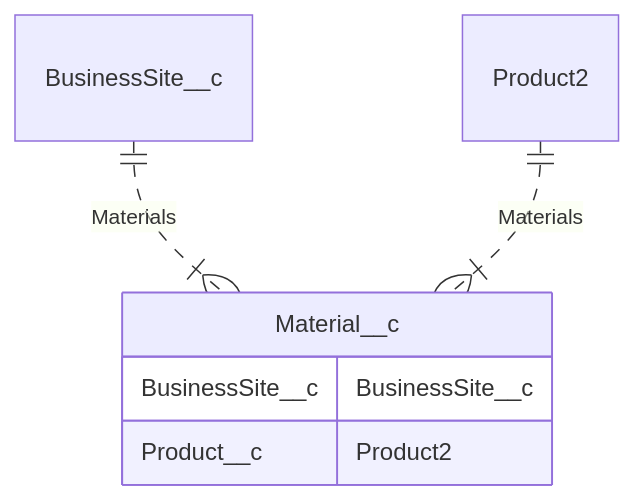
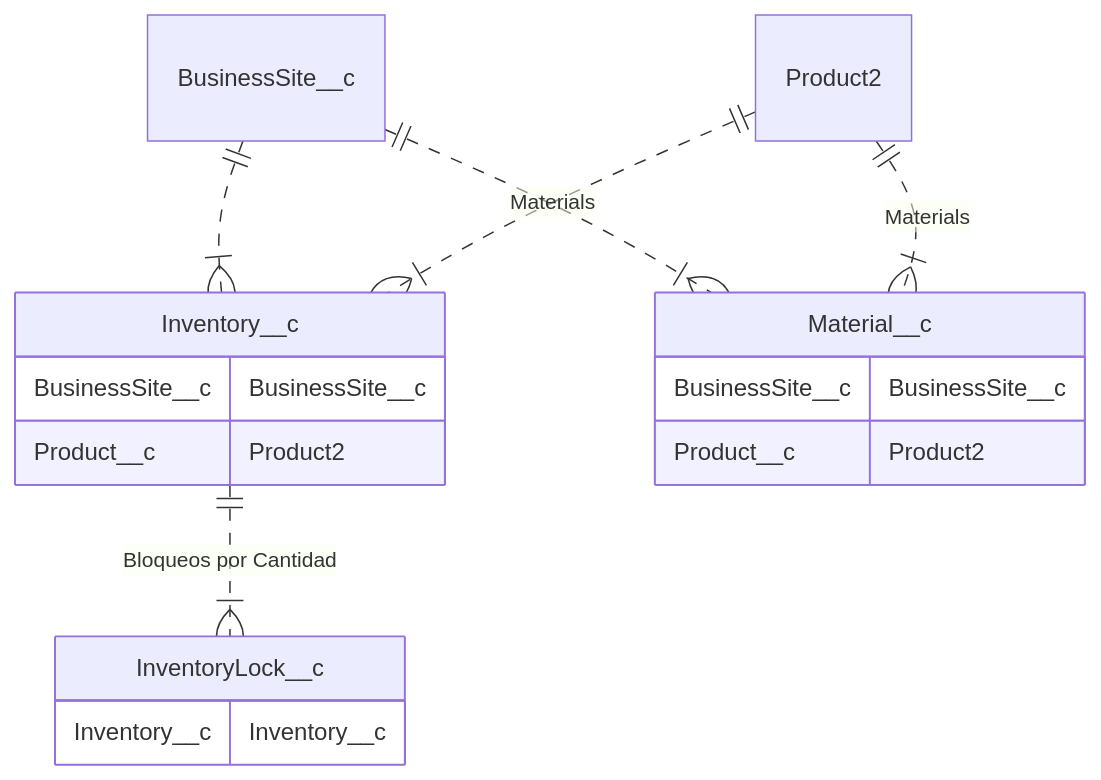
The first of 2 diagrams in docs/intro.md (sebastianclaros/stockventa), drawn with Mermaid before and after one commit. The commit also changed other lines of this file and 15 other files, not shown here.

````diff
--- a/docs/intro.md
+++ b/docs/intro.md
@@ -22,15 +22,25 @@
 ```mermaid
 erDiagram
+            Inventory__c ||..|{ InventoryLock__c : "Bloqueos por Cantidad"
+            BusinessSite__c ||..|{ Inventory__c : ""
+            Product2 ||..|{ Inventory__c : ""
             BusinessSite__c ||..|{ Material__c : "Materials"
             Product2 ||..|{ Material__c : "Materials"
 
-BusinessSite__c {
+InventoryLock__c {
+            Inventory__c Inventory__c
+}
+Inventory__c {
+            BusinessSite__c BusinessSite__c
+            Product__c Product2
 }
 Material__c {
             BusinessSite__c BusinessSite__c
             Product__c Product2
 }
 Product2 {
 }
+BusinessSite__c {
+}
 
 ```
````
